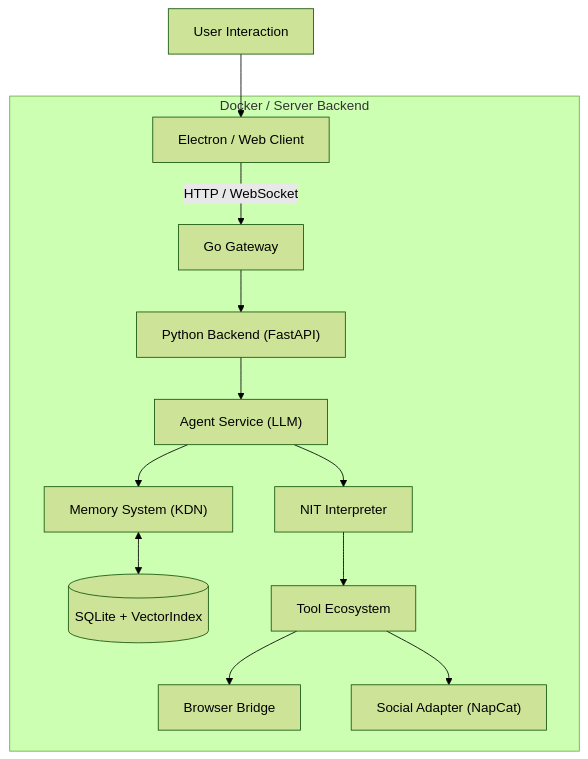
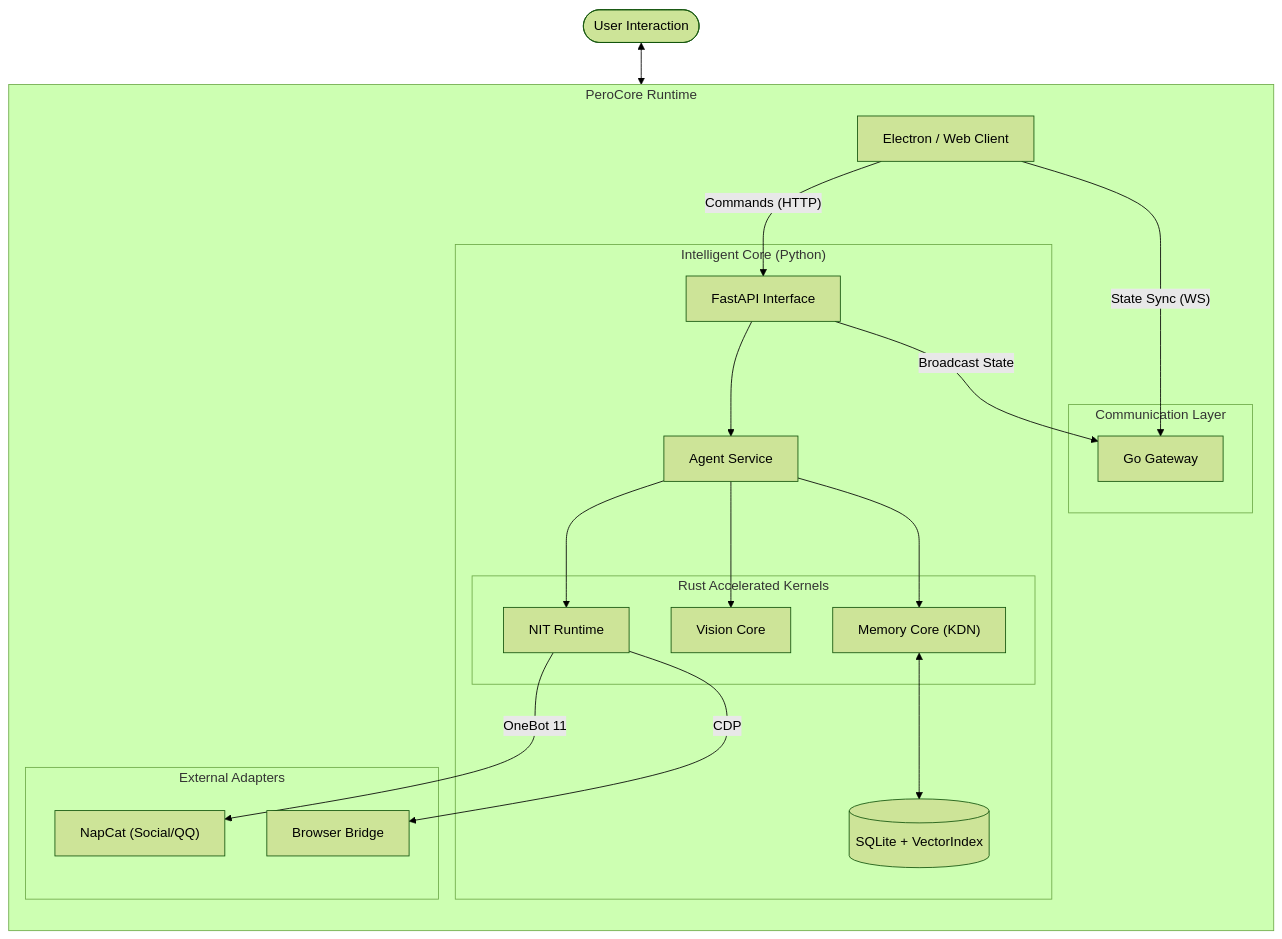
Before and after one commit to YoKONCy/PeroCore: the diagram in README.md, drawn with Mermaid (forest theme). The commit also changed other lines of this file and 1 other file, not shown here.

````diff
--- a/README.md
+++ b/README.md
@@ -162,19 +164,44 @@
 ```mermaid
-graph TD
-    User["User Interaction"] --> Client["Electron / Web Client"]
+flowchart TD
+    User([User Interaction]) <--> Client["Electron / Web Client"]
     
-    subgraph "Docker / Server Backend"
-        Client -- "HTTP / WebSocket" --> Gateway["Go Gateway"]
-        Gateway --> Agent["Python Backend (FastAPI)"]
+    subgraph "PeroCore Runtime"
+        direction TB
         
-        Agent --> Brain["Agent Service (LLM)"]
-        Brain --> Memory["Memory System (KDN)"]
-        Brain --> NIT["NIT Interpreter"]
+        subgraph "Communication Layer"
+            Gateway[Go Gateway]
+        end
         
-        Memory <--> DB[(SQLite + VectorIndex)]
+        subgraph "Intelligent Core (Python)"
+            API[FastAPI Interface]
+            Agent[Agent Service]
+            
+            subgraph "Rust Accelerated Kernels"
+                KDN["Memory Core (KDN)"]
+                Vision[Vision Core]
+                NIT[NIT Runtime]
+            end
+            
+            API --> Agent
+            Agent --> KDN
+            Agent --> Vision
+            Agent --> NIT
+            
+            KDN <--> DB[("SQLite + VectorIndex")]
+        end
         
-        NIT --> Tools["Tool Ecosystem"]
-        Tools --> Browser["Browser Bridge"]
-        Tools --> Social["Social Adapter (NapCat)"]
+        subgraph "External Adapters"
+            NapCat["NapCat (Social/QQ)"]
+            Browser[Browser Bridge]
+        end
+        
+        %% Connections
+        Client -- "State Sync (WS)" --> Gateway
+        Client -- "Commands (HTTP)" --> API
+        
+        API -- "Broadcast State" --> Gateway
+        
+        NIT -- "OneBot 11" --> NapCat
+        NIT -- "CDP" --> Browser
     end
 ```
````
